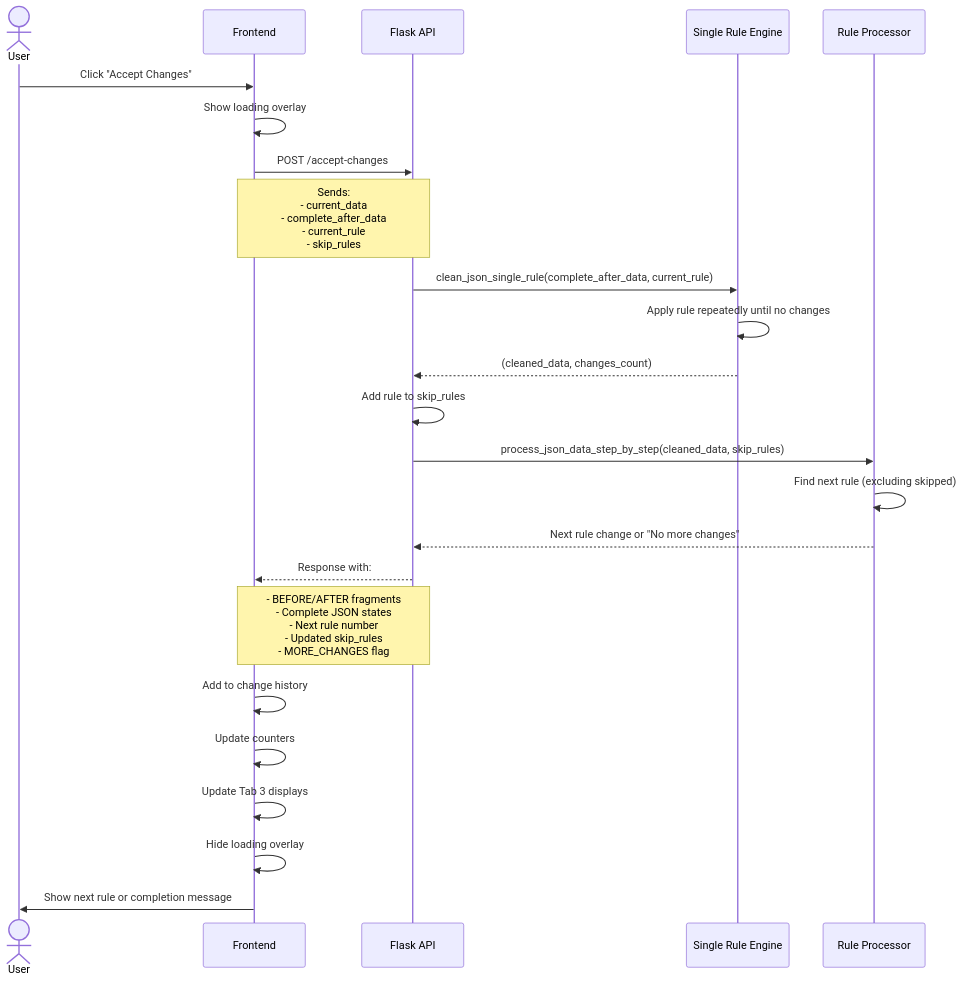
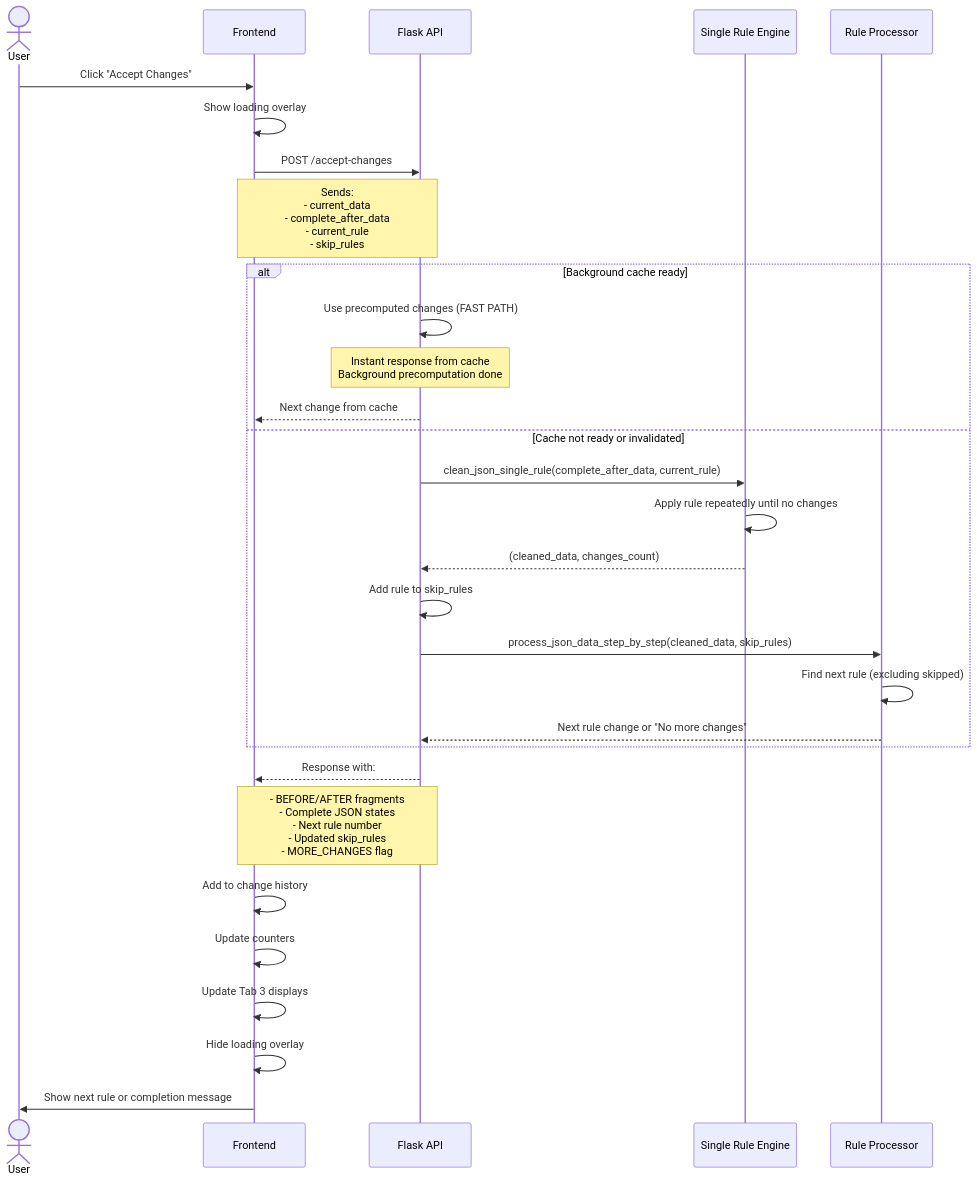
One commit to ErfanTagh/AASX-Sanity changed the second of 9 diagrams in SEQUENCE_DIAGRAM.md. Above: the diagram before and after it, drawn with Mermaid. The commit also changed other lines of this file and 5 other files, not shown here.

````diff
--- a/SEQUENCE_DIAGRAM.md
+++ b/SEQUENCE_DIAGRAM.md
@@ -30,27 +38,35 @@
 ```mermaid
 sequenceDiagram
     actor User
     participant Frontend
     participant API as Flask API
     participant SingleRule as Single Rule Engine
     participant RuleProcessor as Rule Processor
 
     User->>Frontend: Click "Accept Changes"
     Frontend->>Frontend: Show loading overlay
     Frontend->>API: POST /accept-changes
     Note over Frontend,API: Sends:<br/>- current_data<br/>- complete_after_data<br/>- current_rule<br/>- skip_rules
-    API->>SingleRule: clean_json_single_rule(complete_after_data, current_rule)
-    SingleRule->>SingleRule: Apply rule repeatedly until no changes
-    SingleRule-->>API: (cleaned_data, changes_count)
-    API->>API: Add rule to skip_rules
-    API->>RuleProcessor: process_json_data_step_by_step(cleaned_data, skip_rules)
-    RuleProcessor->>RuleProcessor: Find next rule (excluding skipped)
-    RuleProcessor-->>API: Next rule change or "No more changes"
+    
+    alt Background cache ready
+        API->>API: Use precomputed changes (FAST PATH)
+        Note over API: Instant response from cache<br/>Background precomputation done
+        API-->>Frontend: Next change from cache
+    else Cache not ready or invalidated
+        API->>SingleRule: clean_json_single_rule(complete_after_data, current_rule)
+        SingleRule->>SingleRule: Apply rule repeatedly until no changes
+        SingleRule-->>API: (cleaned_data, changes_count)
+        API->>API: Add rule to skip_rules
+        API->>RuleProcessor: process_json_data_step_by_step(cleaned_data, skip_rules)
+        RuleProcessor->>RuleProcessor: Find next rule (excluding skipped)
+        RuleProcessor-->>API: Next rule change or "No more changes"
+    end
+    
     API-->>Frontend: Response with:
     Note over API,Frontend: - BEFORE/AFTER fragments<br/>- Complete JSON states<br/>- Next rule number<br/>- Updated skip_rules<br/>- MORE_CHANGES flag
     Frontend->>Frontend: Add to change history
     Frontend->>Frontend: Update counters
     Frontend->>Frontend: Update Tab 3 displays
     Frontend->>Frontend: Hide loading overlay
     Frontend->>User: Show next rule or completion message
 ```
````
